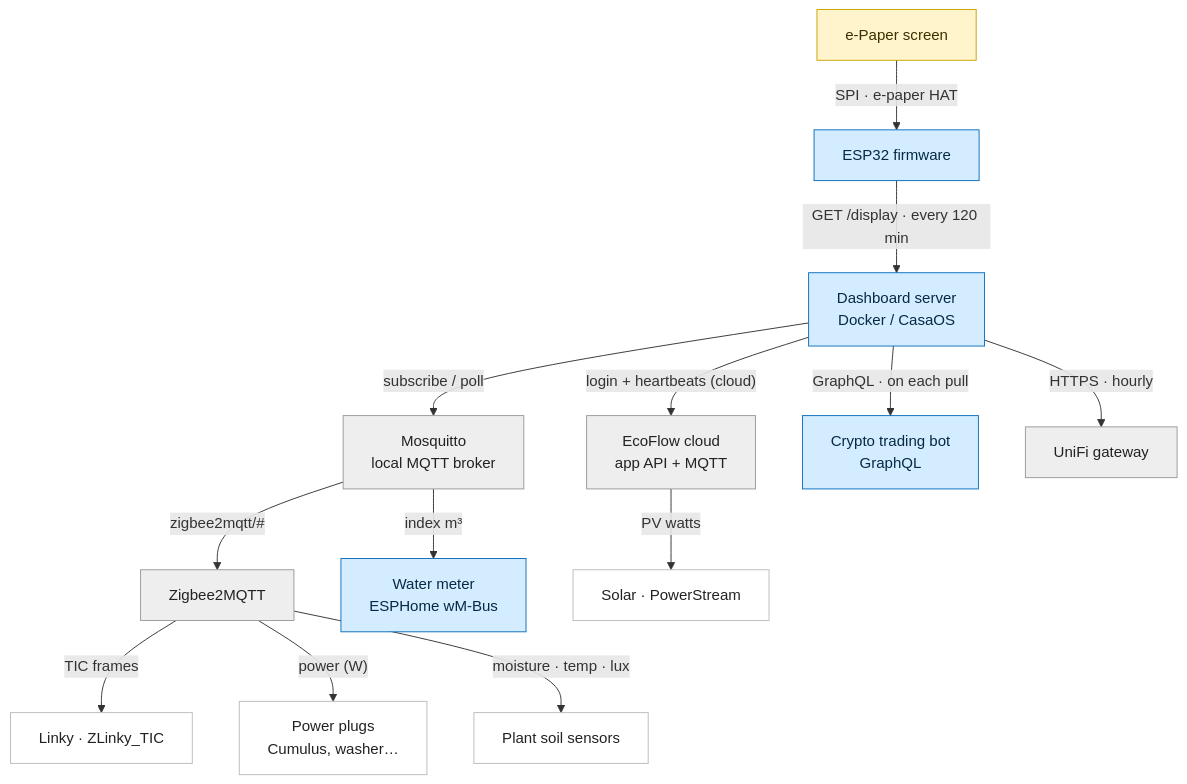
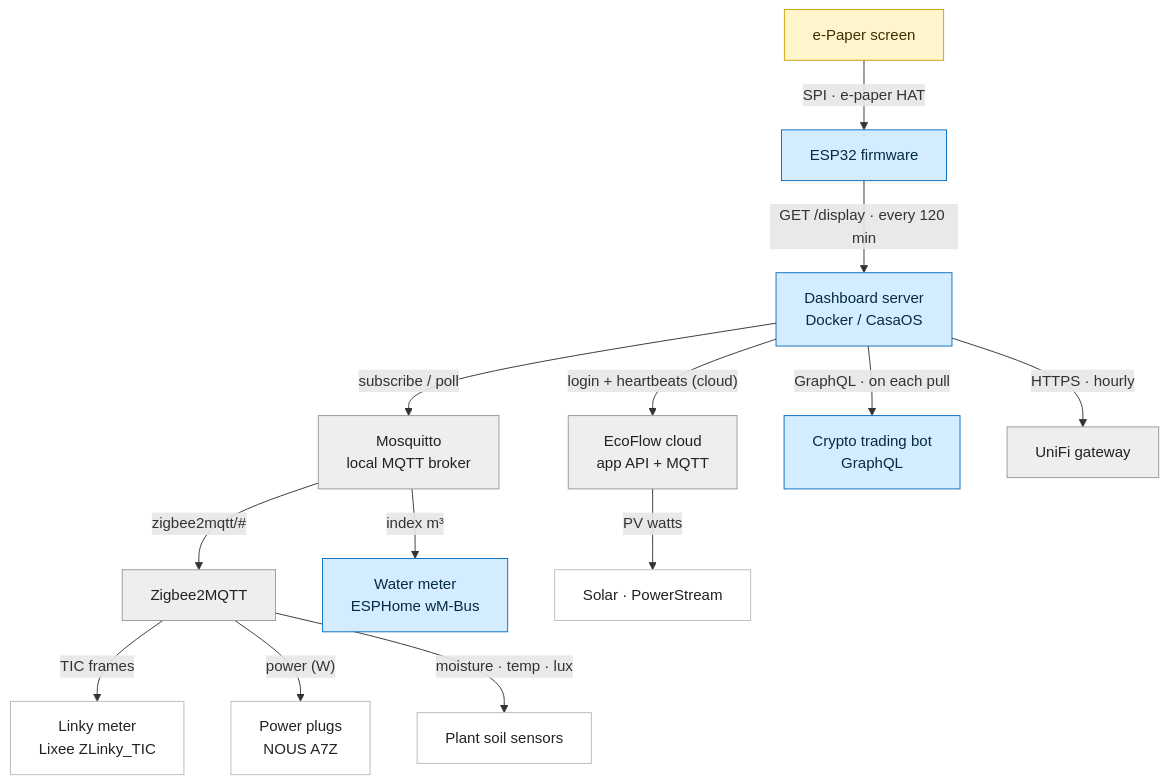
Before and after one commit to moifort/home-dashboard: the diagram in README.md, drawn with Mermaid. The commit also changed other lines of this file, not shown here.

Commit message:
docs: add product links for the meter reader, power plugs and plant sensor
Hardware table gains three rows with buy links (Lixee ZLinky_TIC V2, NOUS A7Z
Zigbee plug, the AliExpress Zigbee soil sensor); the diagram nodes now name
the products (Lixee ZLinky_TIC, NOUS A7Z). Links live in the table since
GitHub doesn't render clickable Mermaid nodes.

````diff
--- a/README.md
+++ b/README.md
@@ -19,38 +19,38 @@
 ```mermaid
 flowchart TD
     SCREEN["e-Paper screen"]:::hw
     ESP["ESP32 firmware"]:::mine
     SERVER["Dashboard server<br/>Docker / CasaOS"]:::mine
 
     SCREEN -->|"SPI · e-paper HAT"| ESP
     ESP -->|"GET /display · every 120 min"| SERVER
 
     MOSQ["Mosquitto<br/>local MQTT broker"]:::ext
     Z2M["Zigbee2MQTT"]:::ext
-    LINKY["Linky · ZLinky_TIC"]:::dev
-    PLUGS["Power plugs<br/>Cumulus, washer…"]:::dev
+    LINKY["Linky meter<br/>Lixee ZLinky_TIC"]:::dev
+    PLUGS["Power plugs<br/>NOUS A7Z"]:::dev
     PLANTS["Plant soil sensors"]:::dev
     WATER["Water meter<br/>ESPHome wM-Bus"]:::mine
 
     SERVER -->|"subscribe / poll"| MOSQ
     MOSQ -->|"zigbee2mqtt/#"| Z2M
     MOSQ -->|"index m³"| WATER
     Z2M -->|"TIC frames"| LINKY
     Z2M -->|"power (W)"| PLUGS
     Z2M -->|"moisture · temp · lux"| PLANTS
 
     ECO["EcoFlow cloud<br/>app API + MQTT"]:::ext
     PV["Solar · PowerStream"]:::dev
     SERVER -->|"login + heartbeats (cloud)"| ECO
     ECO -->|"PV watts"| PV
 
     CRYPTO["Crypto trading bot<br/>GraphQL"]:::mine
     UNIFI["UniFi gateway"]:::ext
     SERVER -->|"GraphQL · on each pull"| CRYPTO
     SERVER -->|"HTTPS · hourly"| UNIFI
 
     classDef mine fill:#d4ecff,stroke:#0a6ebd,color:#062a44;
     classDef ext  fill:#eeeeee,stroke:#999999,color:#222222;
     classDef dev  fill:#ffffff,stroke:#bbbbbb,color:#222222;
     classDef hw   fill:#fff4cc,stroke:#caa300,color:#3a3000;
 ```
````
